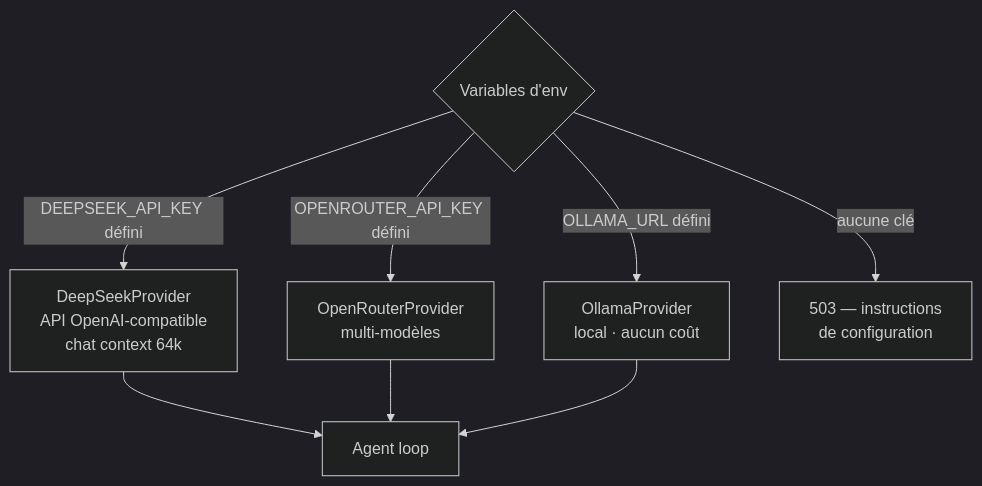
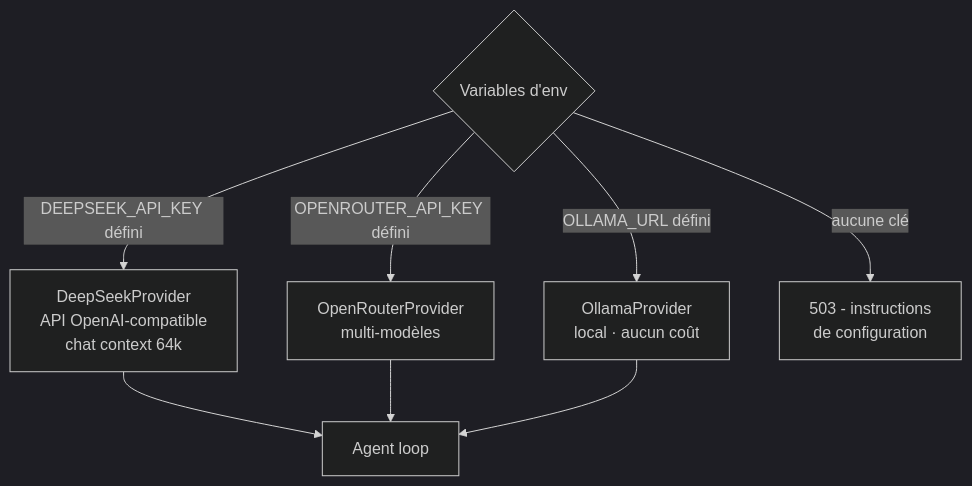
Before and after one commit to benjsant/InfiniDex: the fifth of 5 diagrams in docs/ia.md, drawn with Mermaid (dark theme). The commit also changed other lines of this file and 13 other files, not shown here.

````diff
--- a/docs/ia.md
+++ b/docs/ia.md
@@ -141,9 +141,9 @@
 ```mermaid
 flowchart TD
     ENV{Variables d'env} -->|DEEPSEEK_API_KEY défini| DS[DeepSeekProvider\nAPI OpenAI-compatible\nchat context 64k]
     ENV -->|OPENROUTER_API_KEY défini| OR[OpenRouterProvider\nmulti-modèles]
     ENV -->|OLLAMA_URL défini| OL[OllamaProvider\nlocal · aucun coût]
-    ENV -->|aucune clé| ERR[503 — instructions\nde configuration]
+    ENV -->|aucune clé| ERR[503 - instructions\nde configuration]
 
     DS & OR & OL --> AGENT[Agent loop]
 ```
````
